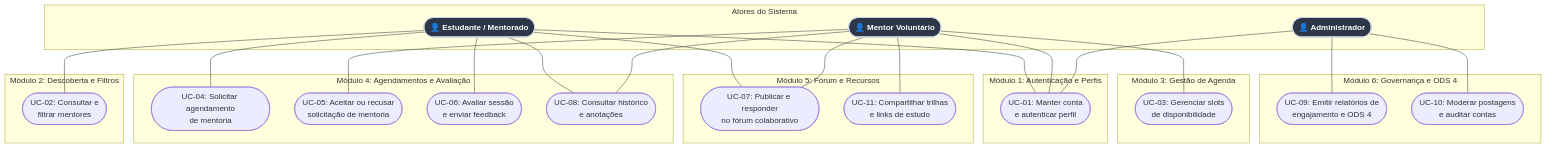
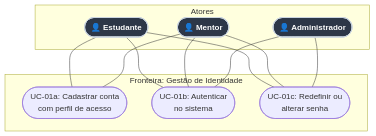
One commit to leorruas/puc changed the first of 5 diagrams in 06. Projeto - Aplicacao Interativa/00 – Projeto de fato.md. Above: the diagram before and after it, drawn with Mermaid. The commit also changed other lines of this file, not shown here.

Commit message:
docs(projeto): modularizar casos de uso em diagramas verticais por fronteira funcional

````diff
--- a/06. Projeto - Aplicacao Interativa/00 – Projeto de fato.md
+++ b/06. Projeto - Aplicacao Interativa/00 – Projeto de fato.md
@@ -154,57 +156,27 @@
 ```mermaid
 flowchart TD
-    subgraph Atores["Atores do Sistema"]
-        Estudante(["👤 Estudante / Mentorado"]):::actorStyle
-        Mentor(["👤 Mentor Voluntário"]):::actorStyle
-        Admin(["👤 Administrador"]):::actorStyle
+    subgraph AtoresAuth["Atores"]
+        AlunoAuth(["👤 Estudante"]):::actorStyle
+        MentorAuth(["👤 Mentor"]):::actorStyle
+        AdminAuth(["👤 Administrador"]):::actorStyle
     end
 
-    subgraph ModuloAutenticacao["Módulo 1: Autenticação e Perfis"]
-        UC01(["UC-01: Manter conta<br>e autenticar perfil"])
+    subgraph ModuloAuth["Fronteira: Gestão de Identidade"]
+        UC01_Cadastrar(["UC-01a: Cadastrar conta<br>com perfil de acesso"])
+        UC01_Logar(["UC-01b: Autenticar<br>no sistema"])
+        UC01_Senha(["UC-01c: Redefinir ou<br>alterar senha"])
     end
 
-    subgraph ModuloDescoberta["Módulo 2: Descoberta e Filtros"]
-        UC02(["UC-02: Consultar e<br>filtrar mentores"])
-    end
+    AlunoAuth --- UC01_Cadastrar
+    AlunoAuth --- UC01_Logar
+    AlunoAuth --- UC01_Senha
 
-    subgraph ModuloAgenda["Módulo 3: Gestão de Agenda"]
-        UC03(["UC-03: Gerenciar slots<br>de disponibilidade"])
-    end
+    MentorAuth --- UC01_Cadastrar
+    MentorAuth --- UC01_Logar
+    MentorAuth --- UC01_Senha
 
-    subgraph ModuloAgendamento["Módulo 4: Agendamentos e Avaliação"]
-        UC04(["UC-04: Solicitar agendamento<br>de mentoria"])
-        UC05(["UC-05: Aceitar ou recusar<br>solicitação de mentoria"])
-        UC06(["UC-06: Avaliar sessão<br>e enviar feedback"])
-        UC08(["UC-08: Consultar histórico<br>e anotações"])
-    end
-
-    subgraph ModuloComunidade["Módulo 5: Fórum e Recursos"]
-        UC07(["UC-07: Publicar e responder<br>no fórum colaborativo"])
-        UC11(["UC-11: Compartilhar trilhas<br>e links de estudo"])
-    end
-
-    subgraph ModuloGovernanca["Módulo 6: Governança e ODS 4"]
-        UC09(["UC-09: Emitir relatórios de<br>engajamento e ODS 4"])
-        UC10(["UC-10: Moderar postagens<br>e auditar contas"])
-    end
-
-    Estudante --- UC01
-    Estudante --- UC02
-    Estudante --- UC04
-    Estudante --- UC06
-    Estudante --- UC08
-    Estudante --- UC07
-
-    Mentor --- UC01
-    Mentor --- UC03
-    Mentor --- UC05
-    Mentor --- UC07
-    Mentor --- UC08
-    Mentor --- UC11
-
-    Admin --- UC01
-    Admin --- UC09
-    Admin --- UC10
+    AdminAuth --- UC01_Logar
+    AdminAuth --- UC01_Senha
 
     classDef actorStyle fill:#2d3748,stroke:#cbd5e0,stroke-width:2px,color:#ffffff,font-weight:bold;
 ```
````
